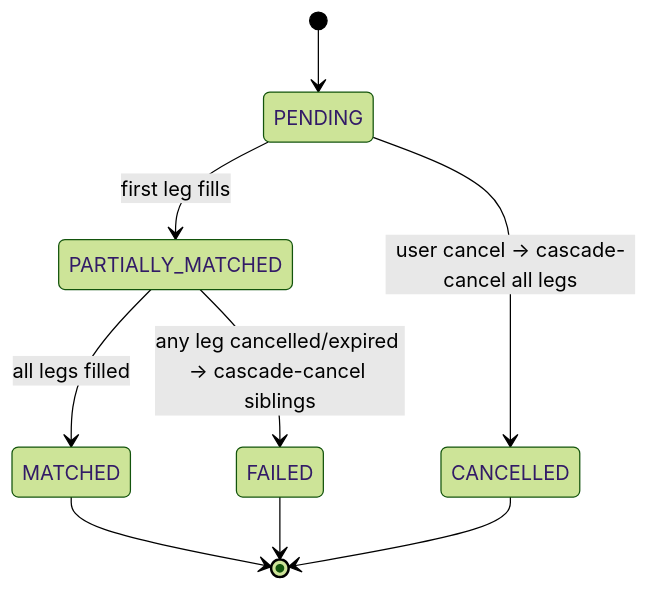
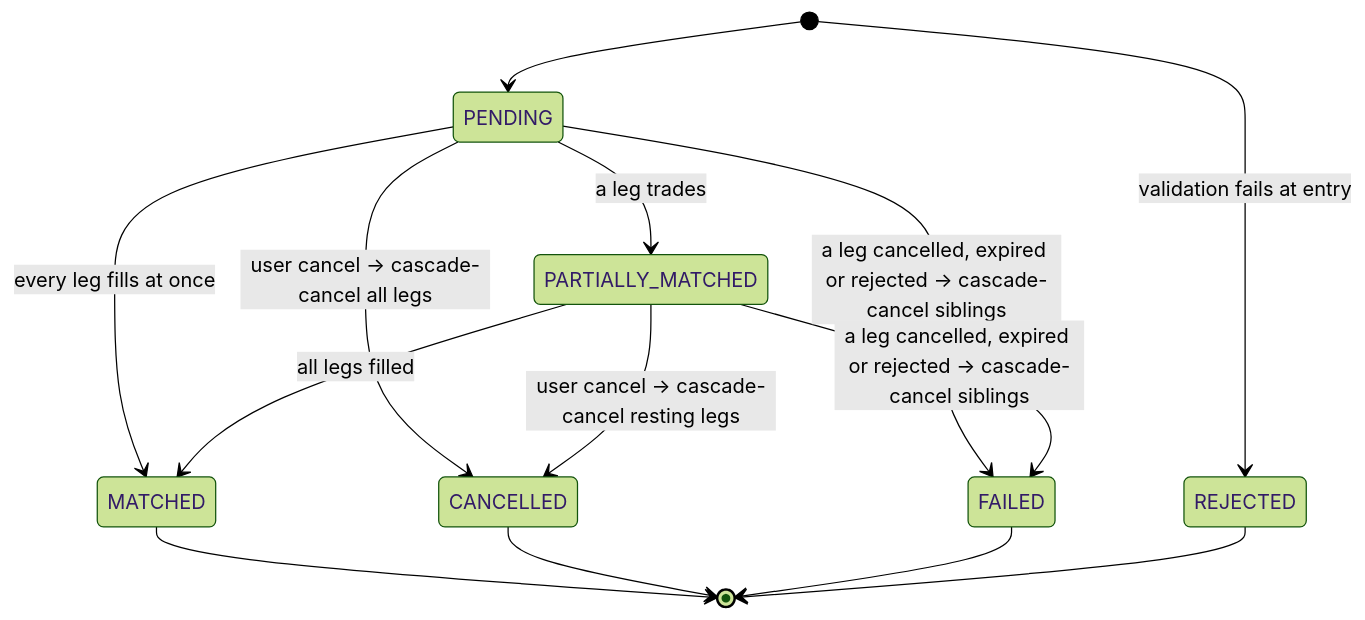
The third of 7 diagrams in docs/books/architecture-and-development/part-1-architecture/010-architecture-overview.md (johan162/EduMatcher), drawn with Mermaid (forest theme) before and after one commit. The commit also changed other lines of this file and 40 other files, not shown here.

Commit message:
docs(architecture): verify every chapter against the code; add message-architecture chapter and figures

````diff
--- a/docs/books/architecture-and-development/part-1-architecture/010-architecture-overview.md
+++ b/docs/books/architecture-and-development/part-1-architecture/010-architecture-overview.md
@@ -905,11 +1032,16 @@
 ```mermaid
 stateDiagram-v2
+    [*] --> REJECTED : validation fails at entry
     [*] --> PENDING
-    PENDING --> PARTIALLY_MATCHED : first leg fills
+    PENDING --> PARTIALLY_MATCHED : a leg trades
+    PENDING --> MATCHED : every leg fills at once
+    PARTIALLY_MATCHED --> MATCHED : all legs filled
+    PENDING --> FAILED : a leg cancelled, expired or rejected → cascade-cancel siblings
+    PARTIALLY_MATCHED --> FAILED : a leg cancelled, expired or rejected → cascade-cancel siblings
     PENDING --> CANCELLED : user cancel → cascade-cancel all legs
-    PARTIALLY_MATCHED --> MATCHED : all legs filled
-    PARTIALLY_MATCHED --> FAILED : any leg cancelled/expired → cascade-cancel siblings
+    PARTIALLY_MATCHED --> CANCELLED : user cancel → cascade-cancel resting legs
     MATCHED --> [*]
     CANCELLED --> [*]
     FAILED --> [*]
+    REJECTED --> [*]
 ```
````
